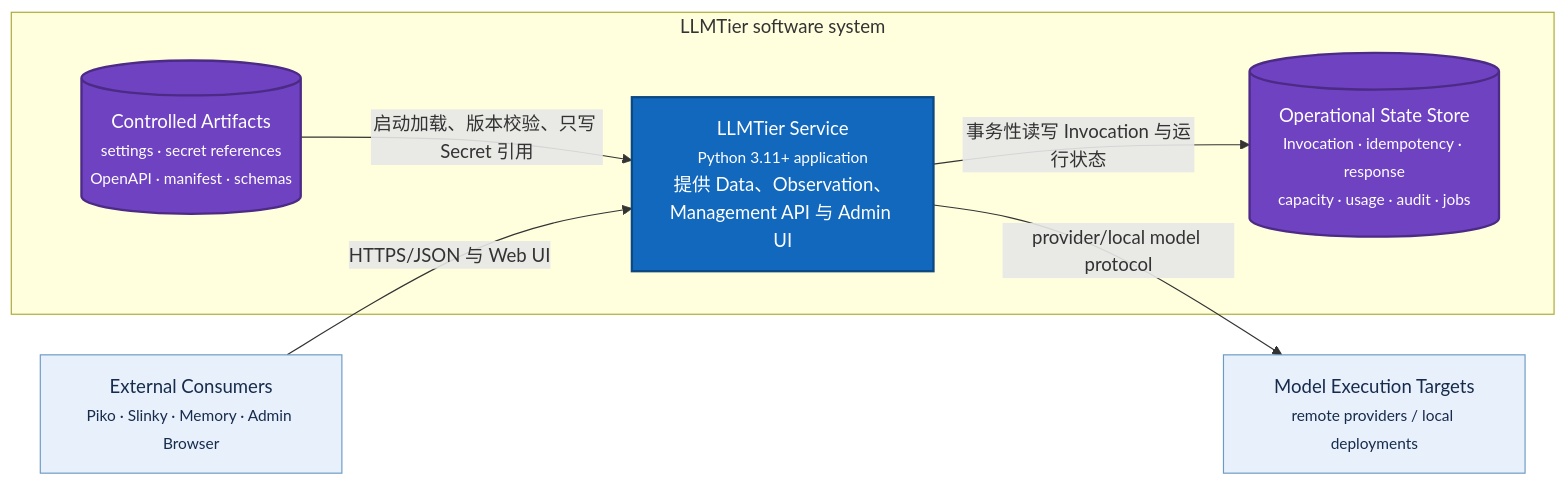
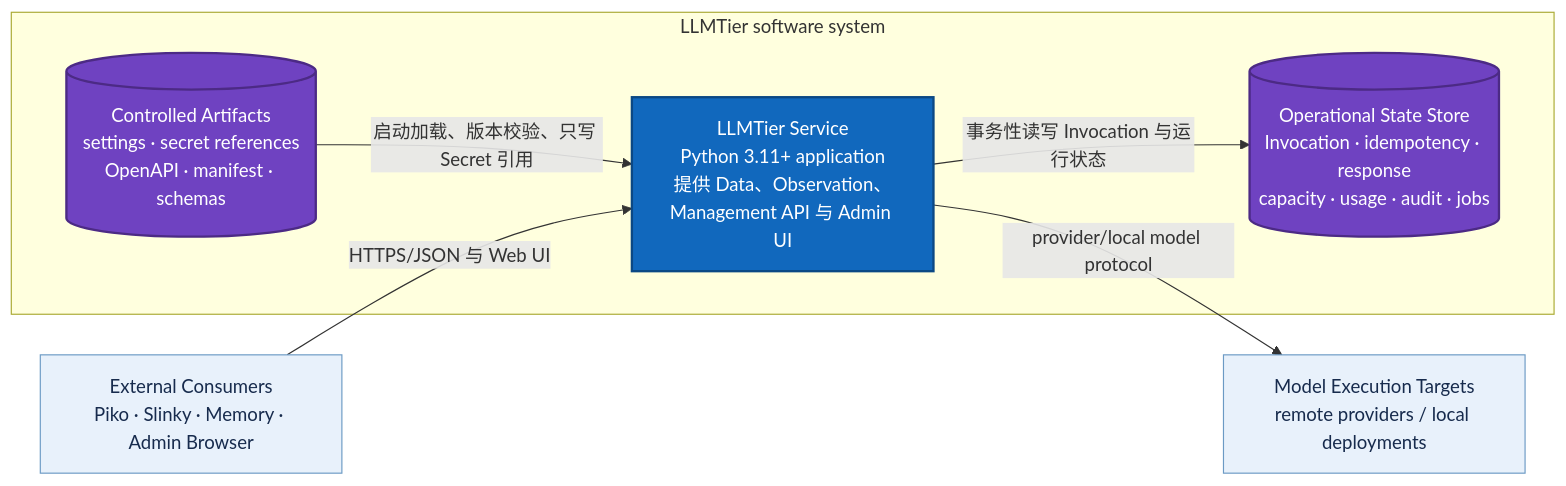
One commit to corezilla/LLMTier changed the second of 5 diagrams in docs/20_system_design/llmtier-system-design.md. Above: the diagram before and after it, drawn with Mermaid. The commit also changed other lines of this file and 4 other files, not shown here.

Commit message:
docs(diagrams): remove unsupported small tags

````diff
--- a/docs/20_system_design/llmtier-system-design.md
+++ b/docs/20_system_design/llmtier-system-design.md
@@ -135,25 +135,25 @@
 ```mermaid
 flowchart LR
-    Users["External Consumers<br/><small>Piko · Slinky · Memory · Admin Browser</small>"]
+    Users["External Consumers<br/>Piko · Slinky · Memory · Admin Browser"]
 
     subgraph LT["LLMTier software system"]
-        App["LLMTier Service<br/><small>Python 3.11+ application</small><br/>提供 Data、Observation、Management API 与 Admin UI"]
-        State[("Operational State Store<br/><small>Invocation · idempotency · response<br/>capacity · usage · audit · jobs</small>")]
-        Files[("Controlled Artifacts<br/><small>settings · secret references<br/>OpenAPI · manifest · schemas</small>")]
+        App["LLMTier Service<br/>Python 3.11+ application<br/>提供 Data、Observation、Management API 与 Admin UI"]
+        State[("Operational State Store<br/>Invocation · idempotency · response<br/>capacity · usage · audit · jobs")]
+        Files[("Controlled Artifacts<br/>settings · secret references<br/>OpenAPI · manifest · schemas")]
 
         App -->|"事务性读写 Invocation 与运行状态"| State
         Files -->|"启动加载、版本校验、只写 Secret 引用"| App
     end
 
-    Targets["Model Execution Targets<br/><small>remote providers / local deployments</small>"]
+    Targets["Model Execution Targets<br/>remote providers / local deployments"]
 
     Users -->|"HTTPS/JSON 与 Web UI"| App
     App -->|"provider/local model protocol"| Targets
 
     classDef external fill:#e8f1fb,color:#172b4d,stroke:#6b9ac4;
     classDef app fill:#1168bd,color:#fff,stroke:#0b4884,stroke-width:2px;
     classDef store fill:#6f42c1,color:#fff,stroke:#4c2a85,stroke-width:2px;
     class Users,Targets external;
     class App app;
     class State,Files store;
 ```
````
